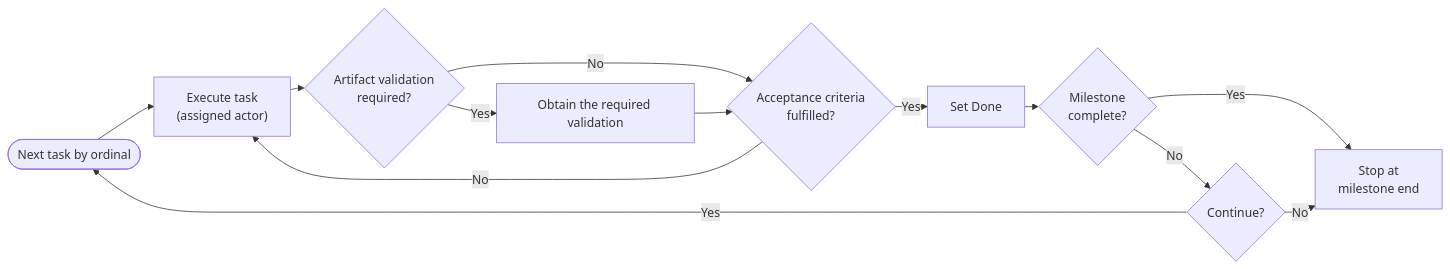
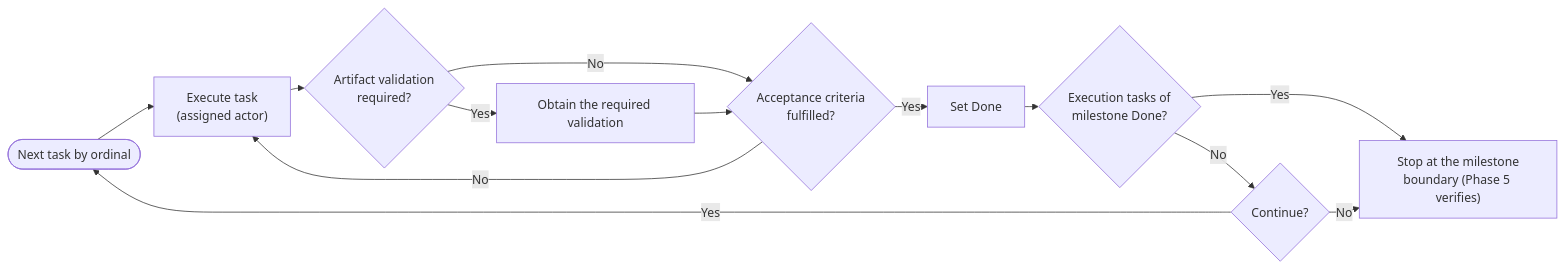
The diagram in workflows/orchestrator/4-Implementation.md (lyndametref/opencode-dev-workflow), drawn with Mermaid before and after one commit. The commit also changed other lines of this file and 9 other files, not shown here.

````diff
--- a/workflows/orchestrator/4-Implementation.md
+++ b/workflows/orchestrator/4-Implementation.md
@@ -27,16 +27,16 @@
 ```mermaid
 %%{init: {"flowchart": {"nodeSpacing": 10, "rankSpacing": 18}}}%%
 flowchart LR
     SEL([Next task by ordinal]) --> RUN["Execute task<br/>(assigned actor)"]
     RUN --> VG{"Artifact validation<br/>required?"}
     VG -->|"Yes"| VAL["Obtain the required validation"]
     VG -->|"No"| AC{"Acceptance criteria<br/>fulfilled?"}
     VAL --> AC
     AC -->|"No"| RUN
     AC -->|"Yes"| DONE["Set Done"]
-    DONE --> MS{"Milestone<br/>complete?"}
-    MS -->|"Yes"| STOP["Stop at<br/>milestone end"]
+    DONE --> MS{"Execution tasks of<br/>milestone Done?"}
+    MS -->|"Yes"| STOP["Stop at the milestone<br/>boundary (Phase 5 verifies)"]
     MS -->|"No"| CONT{"Continue?"}
     CONT -->|"Yes"| SEL
     CONT -->|"No"| STOP
 ```
````
